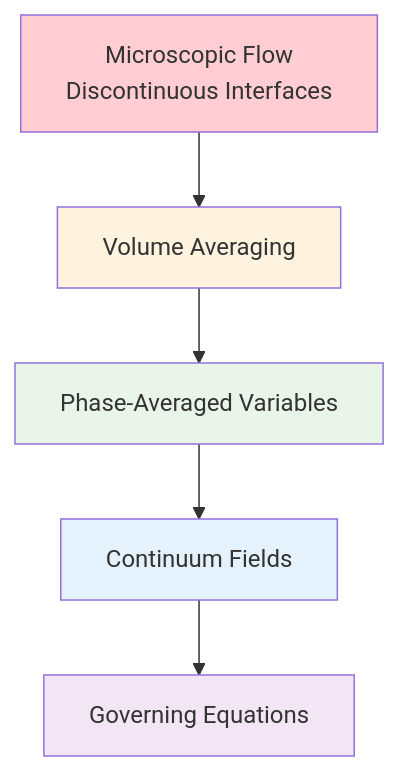
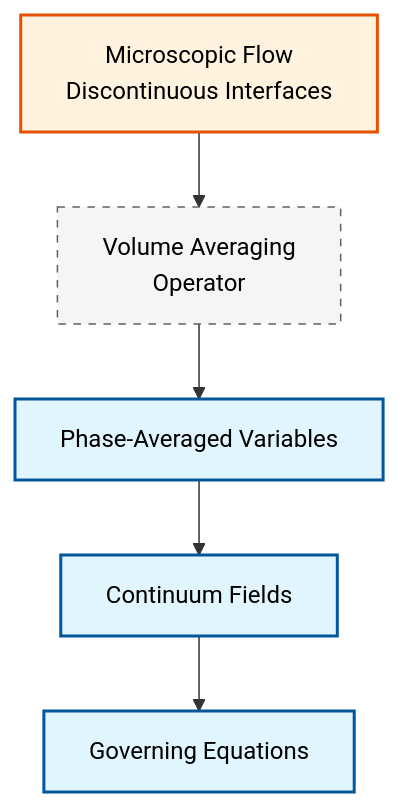
The diagram in MODULE_04_MULTIPHASE_FUNDAMENTALS/CONTENT/01_EULERIAN_FOUNDATIONS/02_Mathematical_Framework.md (wramet/build-my-cfd), drawn with Mermaid before and after one commit. The commit also changed 313 other files, not shown here.

Commit message:
Revise all diagram

````diff
--- a/MODULE_04_MULTIPHASE_FUNDAMENTALS/CONTENT/01_EULERIAN_FOUNDATIONS/02_Mathematical_Framework.md
+++ b/MODULE_04_MULTIPHASE_FUNDAMENTALS/CONTENT/01_EULERIAN_FOUNDATIONS/02_Mathematical_Framework.md
@@ -14,13 +14,10 @@
 ```mermaid
 flowchart TD
-    A[Microscopic Flow<br>Discontinuous Interfaces] --> B[Volume Averaging]
-    B --> C[Phase-Averaged Variables]
-    C --> D[Continuum Fields]
-    D --> E[Governing Equations]
-
-    style A fill:#ffcdd2
-    style B fill:#fff3e0
-    style C fill:#e8f5e8
-    style D fill:#e3f2fd
-    style E fill:#f3e5f5
+classDef implicit fill:#e1f5fe,stroke:#01579b,stroke-width:2px,color:#000
+classDef explicit fill:#fff3e0,stroke:#e65100,stroke-width:2px,color:#000
+classDef context fill:#f5f5f5,stroke:#616161,stroke-width:1px,color:#000,stroke-dasharray: 5 5
+A["Microscopic Flow<br/>Discontinuous Interfaces"]:::explicit --> B["Volume Averaging<br/>Operator"]:::context
+B --> C["Phase-Averaged Variables"]:::implicit
+C --> D["Continuum Fields"]:::implicit
+D --> E["Governing Equations"]:::implicit
 ```
````
